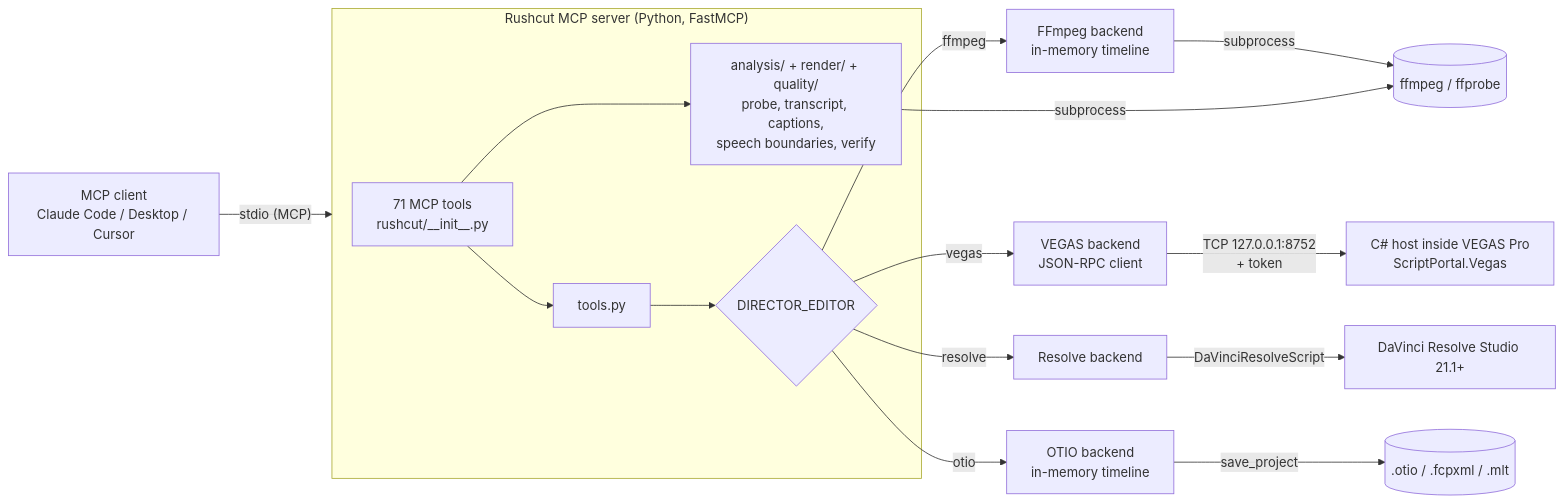
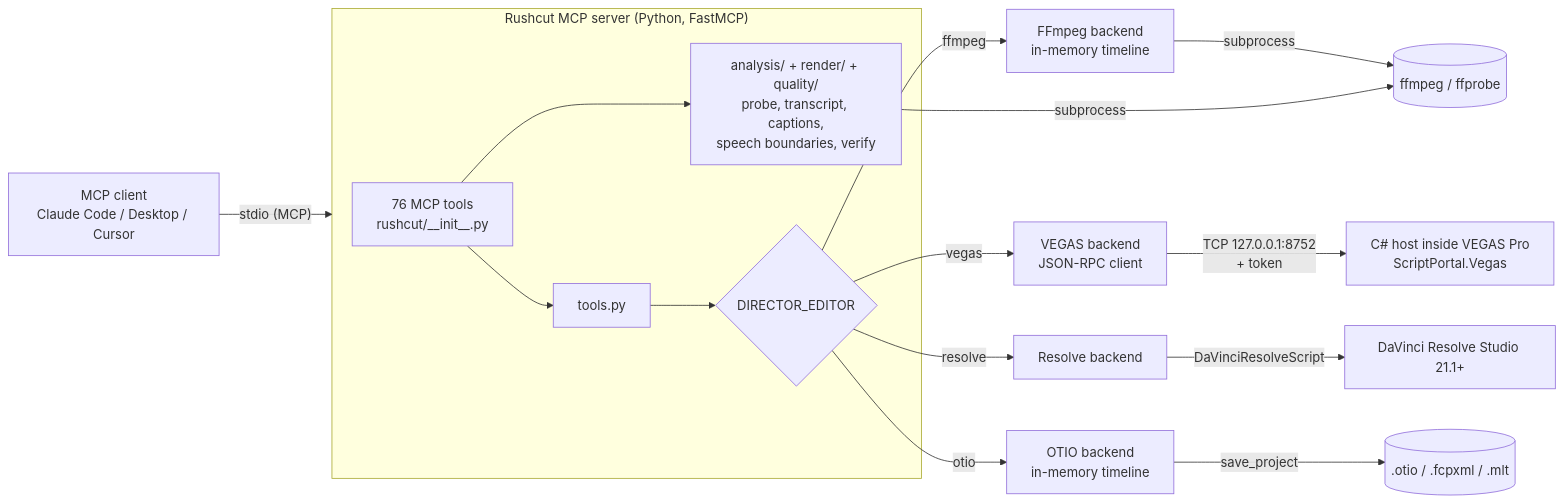
Before and after one commit to RFingAdam/rushcut: the diagram in README.md, drawn with Mermaid. The commit also changed other lines of this file and 23 other files, not shown here.

````diff
--- a/README.md
+++ b/README.md
@@ -392,21 +403,21 @@
 ```mermaid
 flowchart LR
     client["MCP client<br/>Claude Code / Desktop / Cursor"] -- "stdio (MCP)" --> server
 
     subgraph server["Rushcut MCP server (Python, FastMCP)"]
-        tools["71 MCP tools<br/>rushcut/__init__.py"] --> facade["tools.py"]
+        tools["76 MCP tools<br/>rushcut/__init__.py"] --> facade["tools.py"]
         facade --> select{"DIRECTOR_EDITOR"}
         tools --> analysis["analysis/ + render/ + quality/<br/>probe, transcript, captions,<br/>speech boundaries, verify"]
     end
 
     select -- ffmpeg --> ff["FFmpeg backend<br/>in-memory timeline"]
     select -- vegas --> vg["VEGAS backend<br/>JSON-RPC client"]
     select -- resolve --> rs["Resolve backend"]
     select -- otio --> ot["OTIO backend<br/>in-memory timeline"]
 
     ff -- "subprocess" --> ffmpeg[("ffmpeg / ffprobe")]
     analysis -- "subprocess" --> ffmpeg
     vg -- "TCP 127.0.0.1:8752<br/>+ token" --> host["C# host inside VEGAS Pro<br/>ScriptPortal.Vegas"]
     rs -- "DaVinciResolveScript" --> resolve["DaVinci Resolve Studio 21.1+"]
     ot -- "save_project" --> files[(".otio / .fcpxml / .mlt")]
 ```
````
